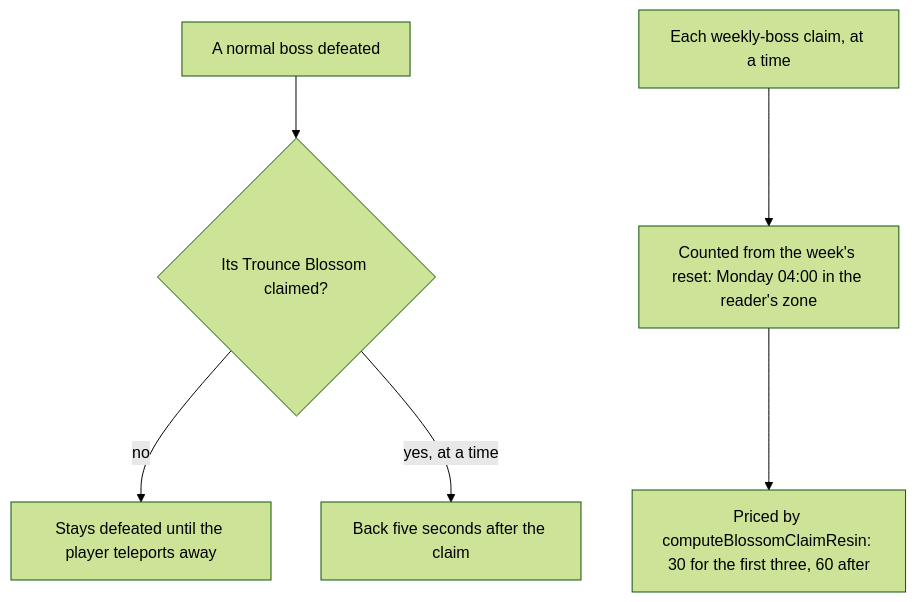
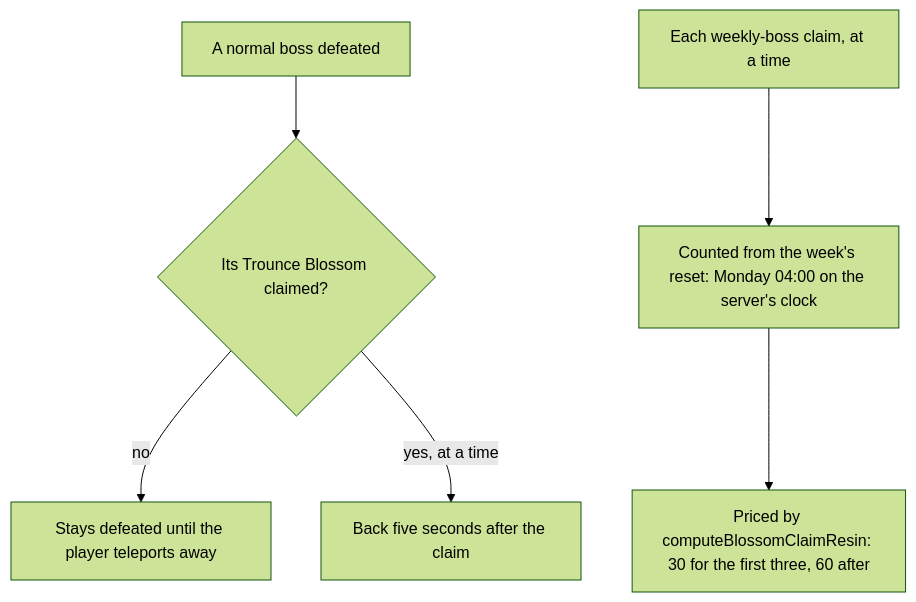
The diagram in openspec/specs/genshin/bosses/design.md (Esposter/Esposter), drawn with Mermaid (forest theme) before and after one commit. The commit also changed other lines of this file and 20 other files, not shown here.

First line of the commit message:
docs(genshin): the reset clock is specified and archived, and the spec pages state the server's clock

````diff
--- a/openspec/specs/genshin/bosses/design.md
+++ b/openspec/specs/genshin/bosses/design.md
@@ -7,8 +7,8 @@
 ```mermaid
 flowchart TD
   D["A normal boss defeated"] --> C{"Its Trounce Blossom claimed?"}
   C -->|"no"| S["Stays defeated until the player teleports away"]
   C -->|"yes, at a time"| R["Back five seconds after the claim"]
-  W["Each weekly-boss claim, at a time"] --> N["Counted from the week's reset: Monday 04:00 in the reader's zone"]
+  W["Each weekly-boss claim, at a time"] --> N["Counted from the week's reset: Monday 04:00 on the server's clock"]
   N --> P["Priced by computeBlossomClaimResin: 30 for the first three, 60 after"]
 ```
````
